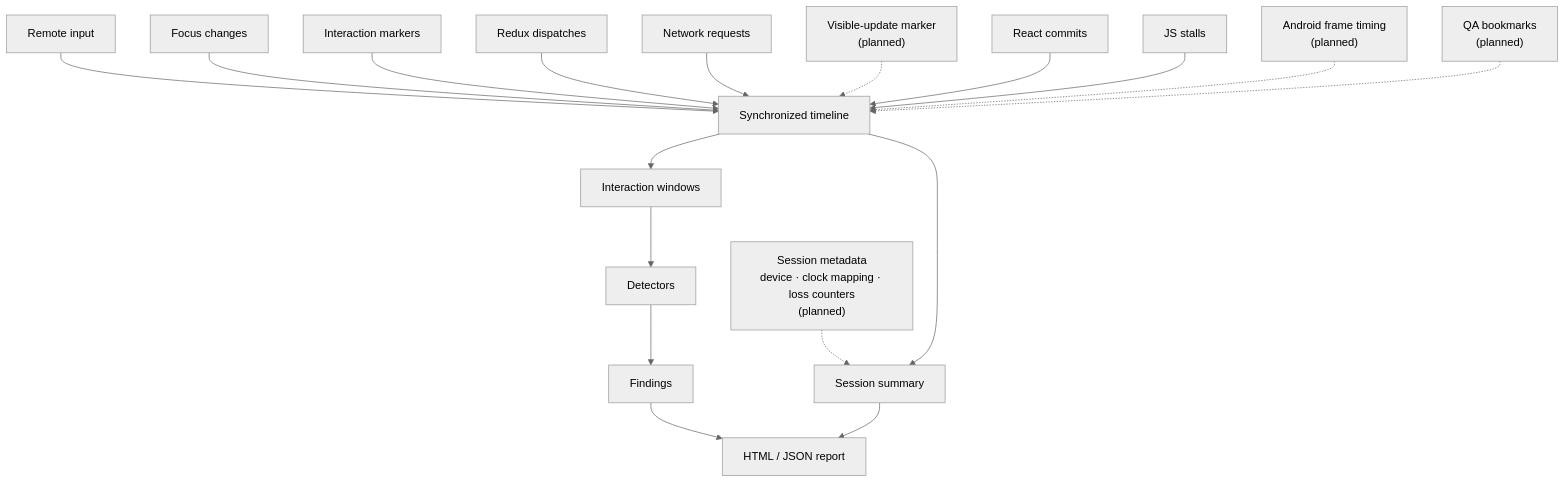
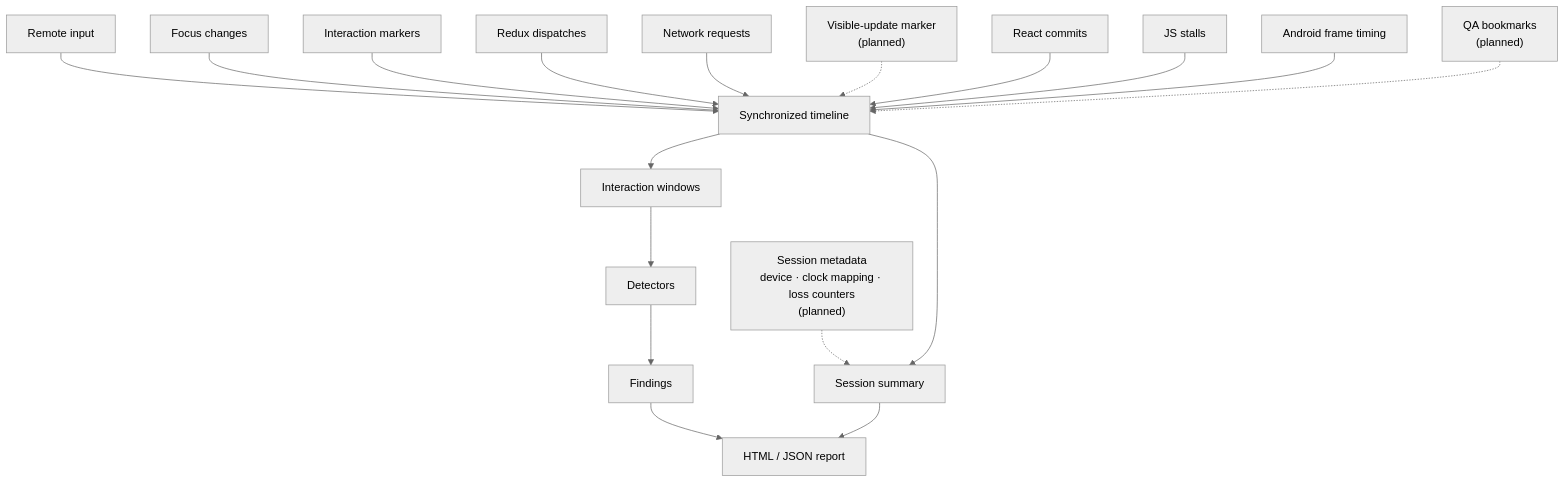
One commit to undrafted/rn-android-tv-session-telemetry changed the diagram in .github/signals.mmd. Above: the diagram before and after it, drawn with Mermaid. The commit also changed 3 other files, not shown here.

Commit message:
FrameTiming is built

```diff
--- a/.github/signals.mmd
+++ b/.github/signals.mmd
@@ -1,20 +1,20 @@
 %%{init: {"theme": "neutral"}}%%
 flowchart TD
     RemoteInput["Remote input"] --> Timeline["Synchronized timeline"]
     Focus["Focus changes"] --> Timeline
     InteractionMarker["Interaction markers"] --> Timeline
     Redux["Redux dispatches"] --> Timeline
     Network["Network requests"] --> Timeline
     VisibleUpdate["Visible-update marker<br/>(planned)"] -.-> Timeline
     ReactCommit["React commits"] --> Timeline
     JSStall["JS stalls"] --> Timeline
-    FrameTiming["Android frame timing<br/>(planned)"] -.-> Timeline
+    FrameTiming["Android frame timing"] --> Timeline
     Bookmarks["QA bookmarks<br/>(planned)"] -.-> Timeline
     SessionMeta["Session metadata<br/>device · clock mapping · loss counters<br/>(planned)"] -.-> Summary
 
     Timeline --> Windows["Interaction windows"]
     Timeline --> Summary["Session summary"]
     Windows --> Detectors["Detectors"]
     Detectors --> Findings["Findings"]
     Findings --> ReportOut["HTML / JSON report"]
     Summary --> ReportOut
```
